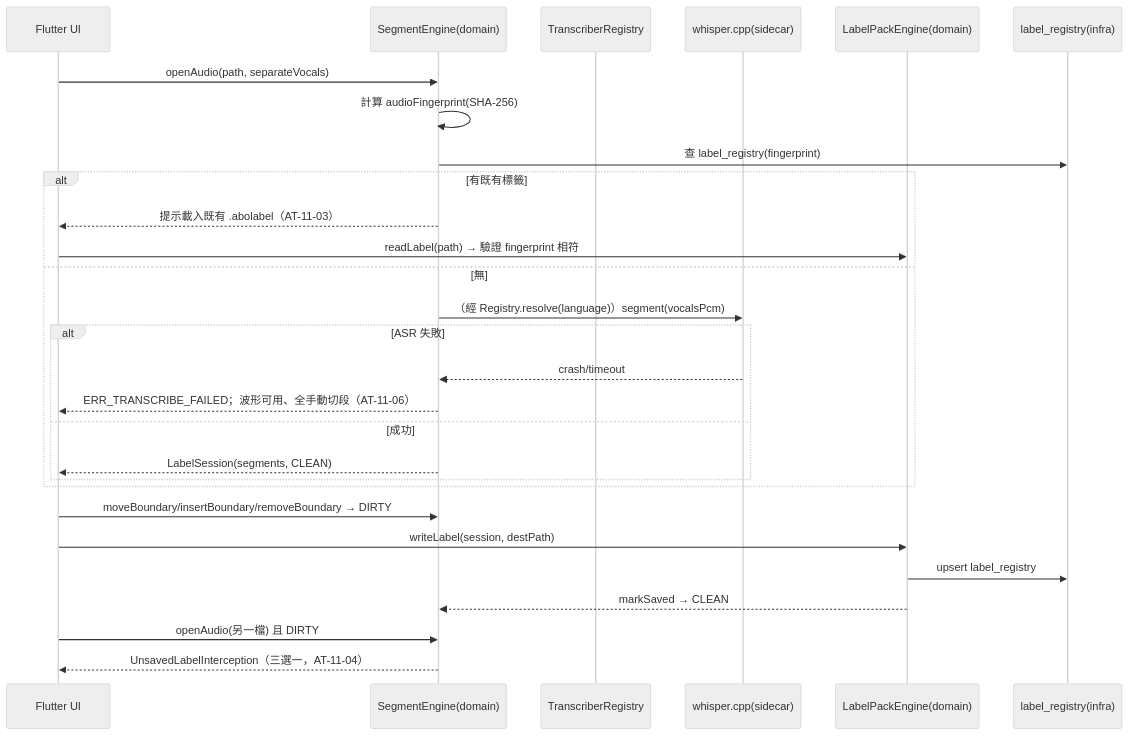
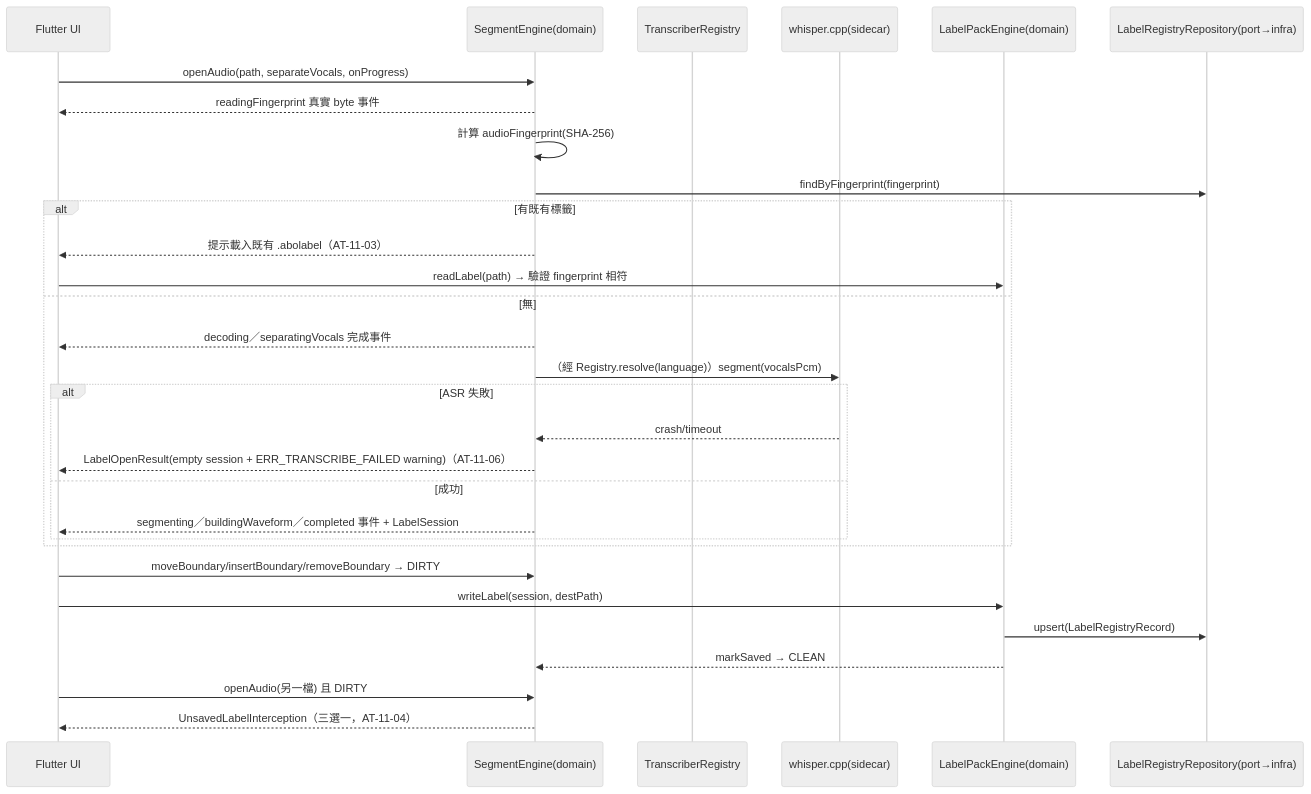
One commit to karenli628/syllable-repeater changed the third of 4 diagrams in spec-syllable-repeater/requirements/syllable-practice-macos-v1.1_20260712/design/backend-design.md. Above: the diagram before and after it, drawn with Mermaid (neutral theme). The commit also changed other lines of this file and 19 other files, not shown here.

````diff
--- a/spec-syllable-repeater/requirements/syllable-practice-macos-v1.1_20260712/design/backend-design.md
+++ b/spec-syllable-repeater/requirements/syllable-practice-macos-v1.1_20260712/design/backend-design.md
@@ -181,31 +202,33 @@
 ```mermaid
 sequenceDiagram
     participant UI as Flutter UI
     participant SE as SegmentEngine(domain)
     participant RG as TranscriberRegistry
     participant WS as whisper.cpp(sidecar)
     participant LP as LabelPackEngine(domain)
-    participant DB as label_registry(infra)
+    participant LR as LabelRegistryRepository(port→infra)
 
-    UI->>SE: openAudio(path, separateVocals)
+    UI->>SE: openAudio(path, separateVocals, onProgress)
+    SE-->>UI: readingFingerprint 真實 byte 事件
     SE->>SE: 計算 audioFingerprint(SHA-256)
-    SE->>DB: 查 label_registry(fingerprint)
+    SE->>LR: findByFingerprint(fingerprint)
     alt 有既有標籤
         SE-->>UI: 提示載入既有 .abolabel（AT-11-03）
         UI->>LP: readLabel(path) → 驗證 fingerprint 相符
     else 無
+        SE-->>UI: decoding／separatingVocals 完成事件
         SE->>WS: （經 Registry.resolve(language)）segment(vocalsPcm)
         alt ASR 失敗
             WS-->>SE: crash/timeout
-            SE-->>UI: ERR_TRANSCRIBE_FAILED；波形可用、全手動切段（AT-11-06）
+            SE-->>UI: LabelOpenResult(empty session + ERR_TRANSCRIBE_FAILED warning)（AT-11-06）
         else 成功
-            SE-->>UI: LabelSession(segments, CLEAN)
+            SE-->>UI: segmenting／buildingWaveform／completed 事件 + LabelSession
         end
     end
     UI->>SE: moveBoundary/insertBoundary/removeBoundary → DIRTY
     UI->>LP: writeLabel(session, destPath)
-    LP->>DB: upsert label_registry
+    LP->>LR: upsert(LabelRegistryRecord)
     LP-->>SE: markSaved → CLEAN
     UI->>SE: openAudio(另一檔) 且 DIRTY
     SE-->>UI: UnsavedLabelInterception（三選一，AT-11-04）
 ```
````
